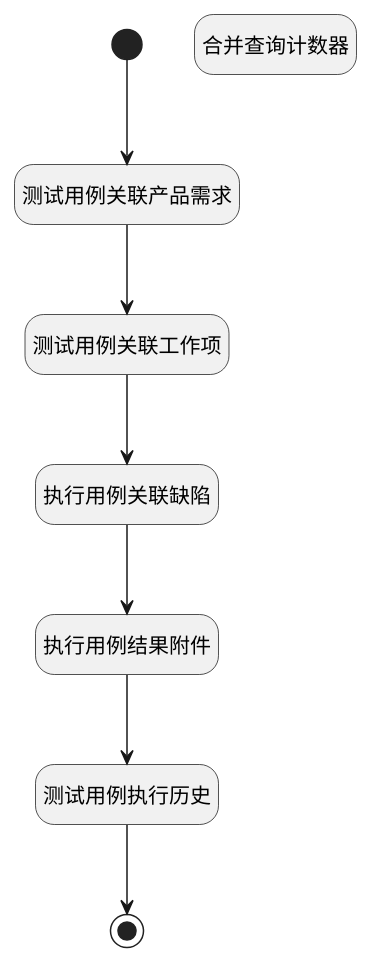
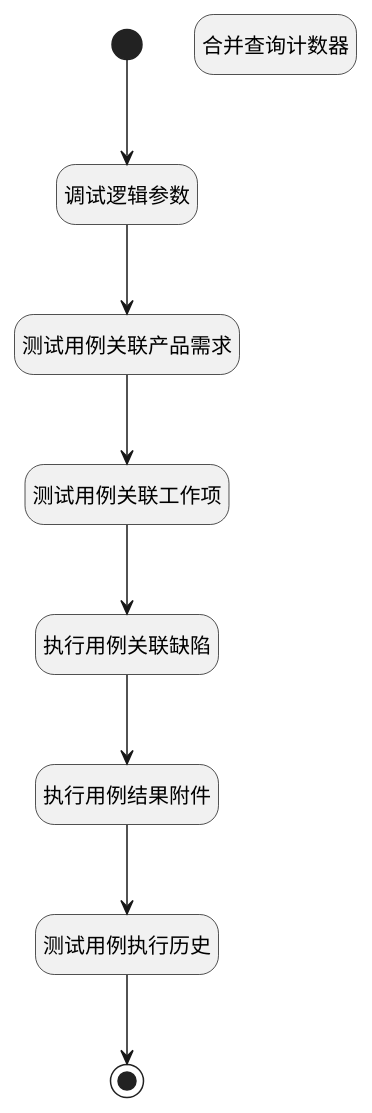
One commit to iBizLab/plm changed the diagram in doc/docsify/module/TestMgmt/run/logic/run_re_counters.md. Above: the diagram before and after it, drawn with PlantUML. The commit also changed other lines of this file and 1778 other files, not shown here.

````diff
--- a/doc/docsify/module/TestMgmt/run/logic/run_re_counters.md
+++ b/doc/docsify/module/TestMgmt/run/logic/run_re_counters.md
@@ -7,30 +7,32 @@
 ```plantuml
 @startuml
 hide empty description
 <style>
 root {
   HyperlinkColor #42b983
 }
 </style>
 
 hide empty description
 state "开始" as Begin <<start>> [[$./run_re_counters#begin {"开始"}]]
 state "测试用例关联产品需求" as RAWSQLCALL1  [[$./run_re_counters#rawsqlcall1 {"测试用例关联产品需求"}]]
 state "测试用例关联工作项" as RAWSQLCALL2  [[$./run_re_counters#rawsqlcall2 {"测试用例关联工作项"}]]
 state "结束" as END1 <<end>> [[$./run_re_counters#end1 {"结束"}]]
+state "调试逻辑参数" as DEBUGPARAM1  [[$./run_re_counters#debugparam1 {"调试逻辑参数"}]]
 state "执行用例关联缺陷" as RAWSQLCALL3  [[$./run_re_counters#rawsqlcall3 {"执行用例关联缺陷"}]]
 state "执行用例结果附件" as RAWSQLCALL5  [[$./run_re_counters#rawsqlcall5 {"执行用例结果附件"}]]
 state "测试用例执行历史" as RAWSQLCALL4  [[$./run_re_counters#rawsqlcall4 {"测试用例执行历史"}]]
 state "合并查询计数器" as RAWSQLCALL6  [[$./run_re_counters#rawsqlcall6 {"合并查询计数器"}]]
 
 
-Begin --> RAWSQLCALL1
+Begin --> DEBUGPARAM1
+DEBUGPARAM1 --> RAWSQLCALL1
 RAWSQLCALL1 --> RAWSQLCALL2
 RAWSQLCALL2 --> RAWSQLCALL3
 RAWSQLCALL3 --> RAWSQLCALL5
 RAWSQLCALL5 --> RAWSQLCALL4
 RAWSQLCALL4 --> END1
 
 
 @enduml
 ```
````
